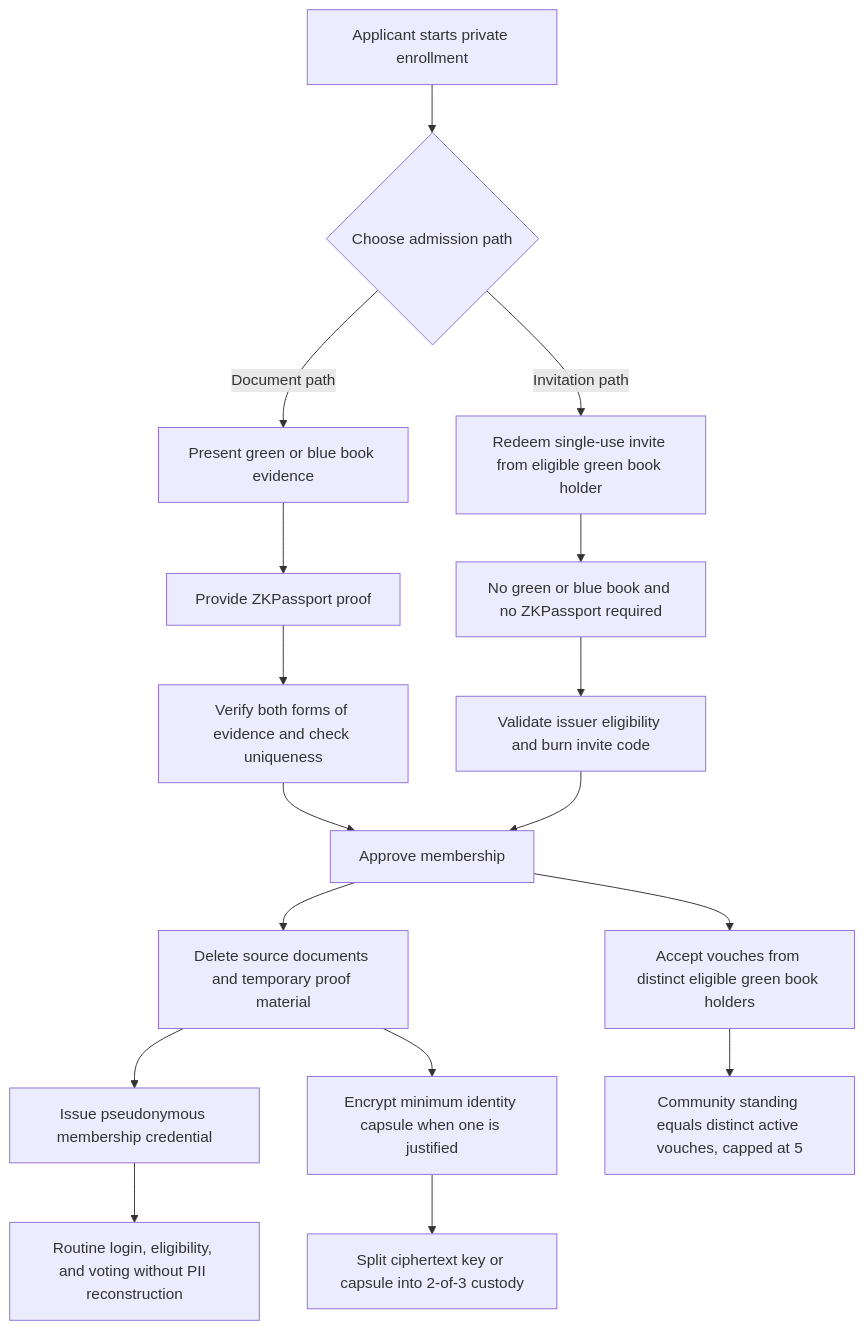
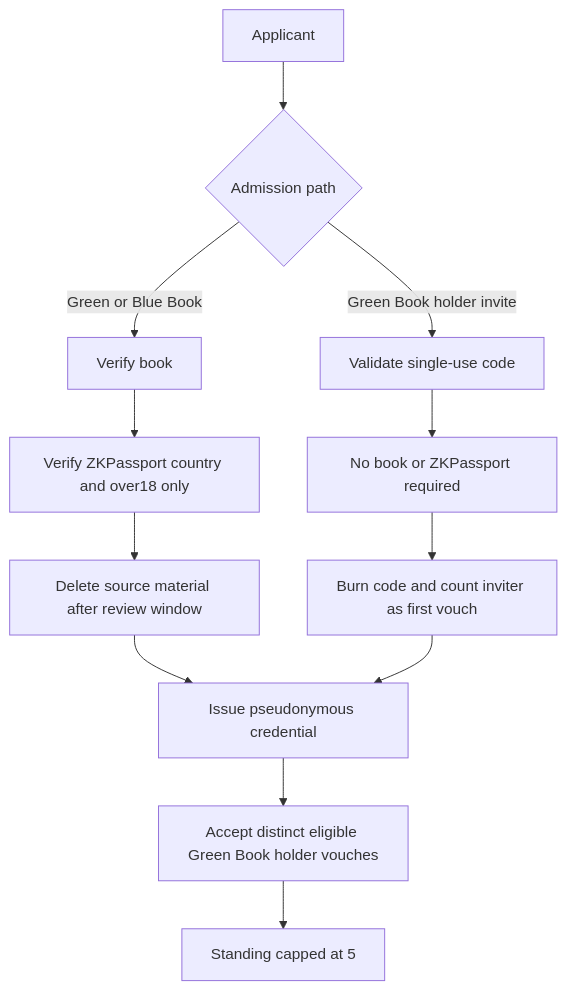
One commit to AlexJupiter/tibetan-id changed the second of 6 diagrams in README.md. Above: the diagram before and after it, drawn with Mermaid. The commit also changed other lines of this file, not shown here.

Commit message:
Clarify membership classes and CTA integration

````diff
--- a/README.md
+++ b/README.md
@@ -40,23 +89,17 @@
 ```mermaid
 flowchart TD
-    A[Applicant starts private enrollment] --> B{Choose admission path}
+    A[Applicant] --> B{Admission path}
 
-    B -->|Document path| C[Present green or blue book evidence]
-    C --> D[Provide ZKPassport proof]
-    D --> E[Verify both forms of evidence and check uniqueness]
+    B -->|Green or Blue Book| C[Verify book]
+    C --> D[Verify ZKPassport country and over18 only]
+    D --> E[Delete source material after review window]
 
-    B -->|Invitation path| F[Redeem single-use invite from eligible green book holder]
-    F --> G[No green or blue book and no ZKPassport required]
-    G --> H[Validate issuer eligibility and burn invite code]
+    B -->|Green Book holder invite| F[Validate single-use code]
+    F --> G[No book or ZKPassport required]
+    G --> H[Burn code and count inviter as first vouch]
 
-    E --> I[Approve membership]
+    E --> I[Issue pseudonymous credential]
     H --> I
-    I --> J[Delete source documents and temporary proof material]
-    J --> K[Issue pseudonymous membership credential]
-    J --> L[Encrypt minimum identity capsule when one is justified]
-    L --> M[Split ciphertext key or capsule into 2-of-3 custody]
-
-    K --> N[Routine login, eligibility, and voting without PII reconstruction]
-    I --> O[Accept vouches from distinct eligible green book holders]
-    O --> P[Community standing equals distinct active vouches, capped at 5]
+    I --> J[Accept distinct eligible Green Book holder vouches]
+    J --> K[Standing capped at 5]
 ```
````
